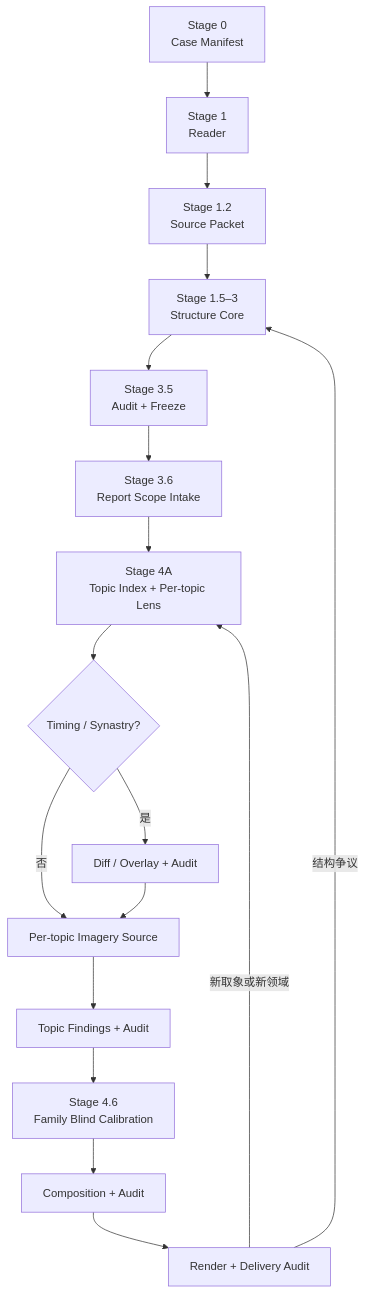
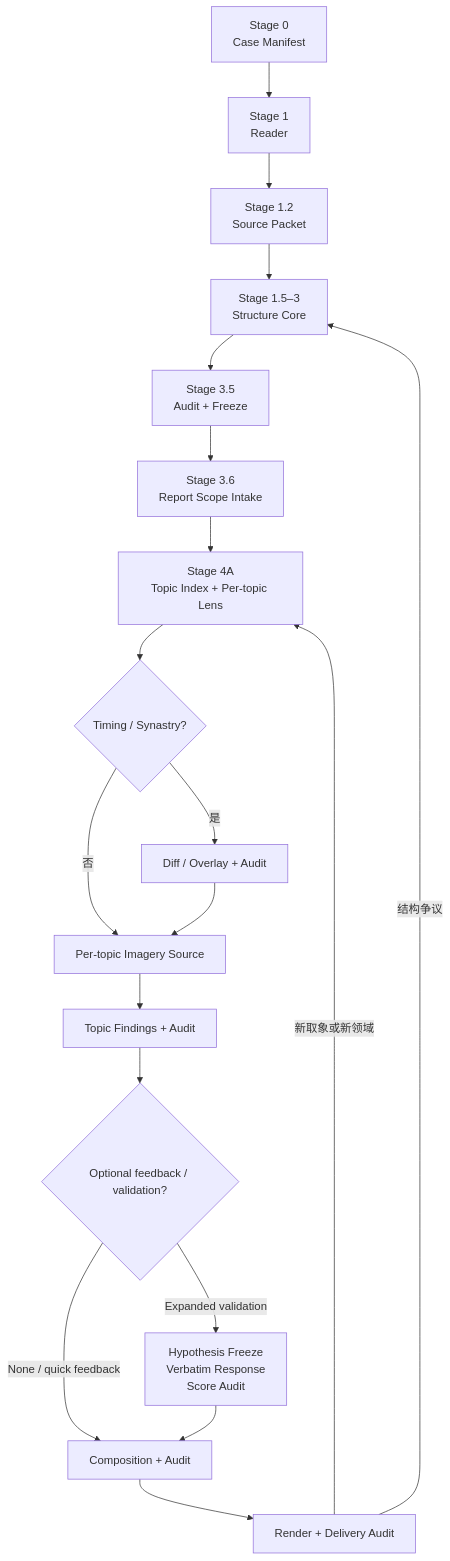
Before and after one commit to Kico-Tachagemofet/bazi-structure-dynamics: the diagram in README.md, drawn with Mermaid. The commit also changed other lines of this file and 24 other files, not shown here.

First line of the commit message:
Make timing validation optional and evidence-aware

````diff
--- a/README.md
+++ b/README.md
@@ -26,19 +26,21 @@
 ```mermaid
 flowchart TD
     A["Stage 0<br/>Case Manifest"] --> B["Stage 1<br/>Reader"]
     B --> C["Stage 1.2<br/>Source Packet"]
     C --> D["Stage 1.5–3<br/>Structure Core"]
     D --> E["Stage 3.5<br/>Audit + Freeze"]
     E --> F["Stage 3.6<br/>Report Scope Intake"]
     F --> G["Stage 4A<br/>Topic Index + Per-topic Lens"]
     G --> H{"Timing / Synastry?"}
     H -- "是" --> I["Diff / Overlay + Audit"]
     H -- "否" --> J["Per-topic Imagery Source"]
     I --> J
     J --> K["Topic Findings + Audit"]
-    K --> L["Stage 4.6<br/>Family Blind Calibration"]
-    L --> M["Composition + Audit"]
+    K --> L{"Optional feedback / validation?"}
+    L -- "None / quick feedback" --> M["Composition + Audit"]
+    L -- "Expanded validation" --> V["Hypothesis Freeze<br/>Verbatim Response<br/>Score Audit"]
+    V --> M
     M --> N["Render + Delivery Audit"]
     N -- "新取象或新领域" --> G
     N -- "结构争议" --> D
 ```
````
